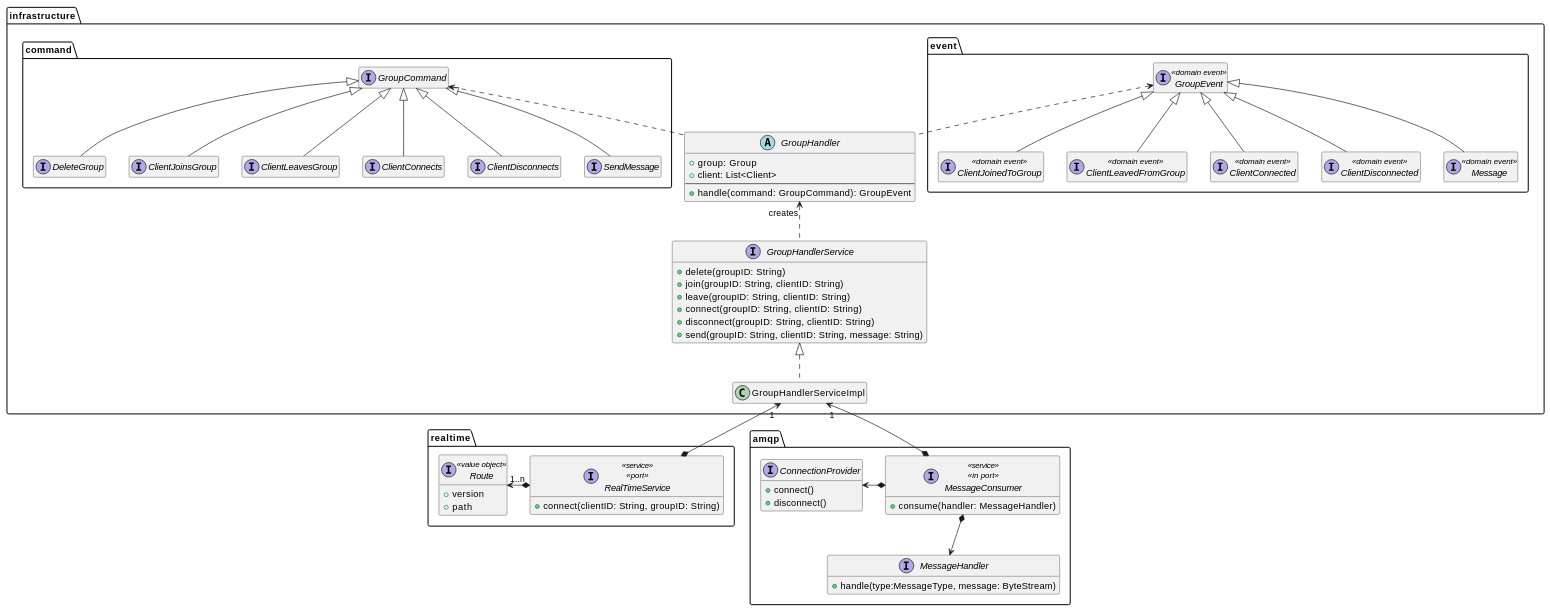
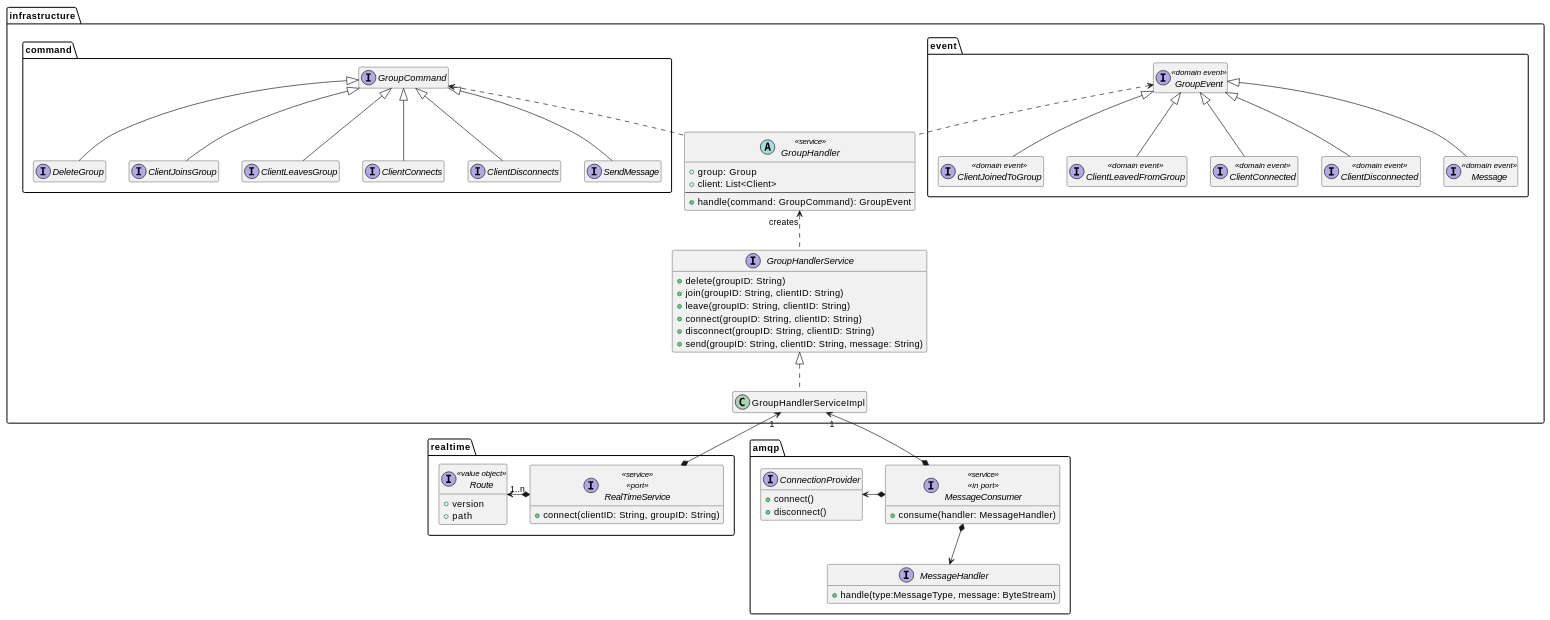
The second of 3 diagrams in content/docs/4-detailed-design/4-chat-service.md (position-pal/Documentation), drawn with PlantUML before and after one commit. The commit also changed other lines of this file and 12 other files, not shown here.

```diff
--- a/content/docs/4-detailed-design/4-chat-service.md
+++ b/content/docs/4-detailed-design/4-chat-service.md
@@ -113,7 +113,7 @@
     }
 
     
-    abstract class GroupHandler {
+    abstract class GroupHandler <<service>> {
         + group: Group
         + client: List<Client>
         --
@@ -122,7 +122,6 @@
 
     GroupHandler .up.> GroupCommand
     GroupHandler .up.> GroupEvent
-
 
     interface GroupHandlerService {
         + delete(groupID: String)
@@ -149,8 +148,6 @@
             + connect(clientID: String, groupID: String)
         }
 
-        
-
         RealTimeService *-left-> "1..n" Route
         RealTimeService *-up-> "1" GroupHandlerServiceImpl
 }
```
